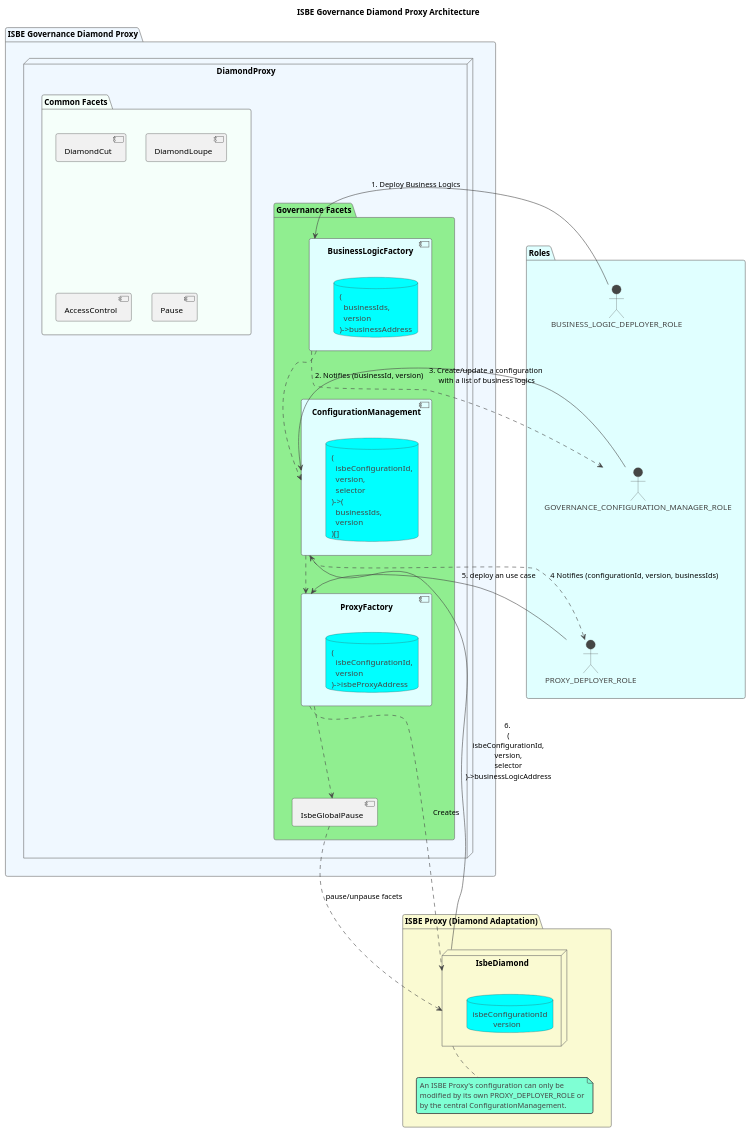
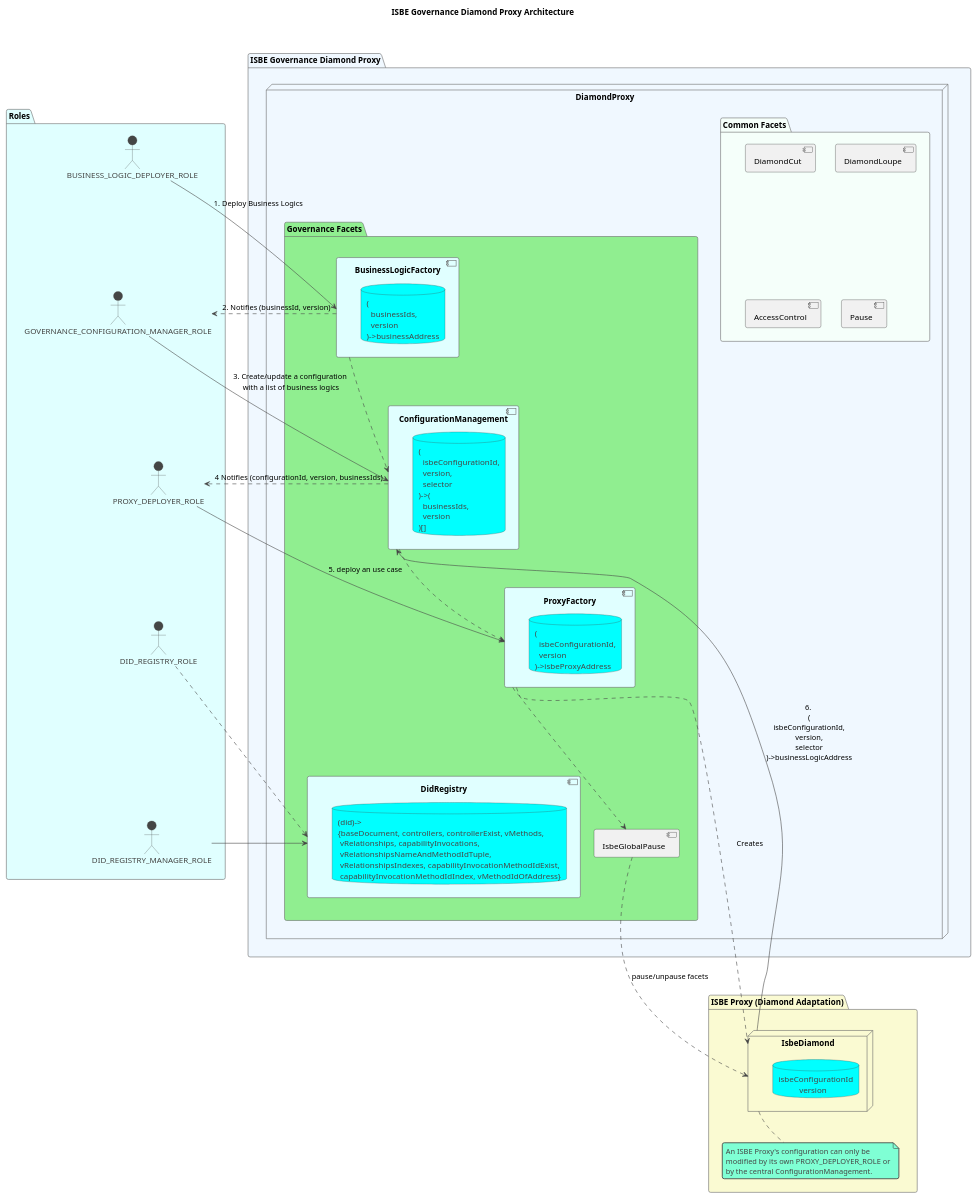
The diagram in docs/diagrams/ISBE_Governance_Diamond_Proxy_Architecture.puml (red-isbe/isbe-contracts), drawn with PlantUML before and after one commit. The commit also changed 11 other files, not shown here.

First line of the commit message:
Integrate `DidRegistryFacet` into governance diamond architecture

```diff
--- a/docs/diagrams/ISBE_Governance_Diamond_Proxy_Architecture.puml
+++ b/docs/diagrams/ISBE_Governance_Diamond_Proxy_Architecture.puml
@@ -1,71 +1,81 @@
 @startuml
 !theme vibrant
 
 title ISBE Governance Diamond Proxy Architecture
 
 package Roles #LightCyan {
     actor BUSINESS_LOGIC_DEPLOYER_ROLE
     actor GOVERNANCE_CONFIGURATION_MANAGER_ROLE
     actor PROXY_DEPLOYER_ROLE
+    actor DID_REGISTRY_ROLE
+    actor DID_REGISTRY_MANAGER_ROLE
     BUSINESS_LOGIC_DEPLOYER_ROLE -[hidden]- GOVERNANCE_CONFIGURATION_MANAGER_ROLE
     GOVERNANCE_CONFIGURATION_MANAGER_ROLE -[hidden]- PROXY_DEPLOYER_ROLE
+    PROXY_DEPLOYER_ROLE -[hidden]- DID_REGISTRY_ROLE
+    DID_REGISTRY_ROLE -[hidden]- DID_REGISTRY_MANAGER_ROLE
 }
 package "ISBE Governance Diamond Proxy" #AliceBlue {
   node DiamondProxy as DP {
     package "Common Facets" #MintCream {
       [DiamondCut]
       [DiamondLoupe]
       [AccessControl]
       [Pause]
     }
 
     package "Governance Facets" #LightGreen {
       component "BusinessLogicFactory" #LightCyan {
         database "(\n  businessIds,\n  version\n)->businessAddress"
       }
       component "ProxyFactory" #LightCyan {
         database "(\n  isbeConfigurationId,\n  version\n)->isbeProxyAddress"
       }
       [IsbeGlobalPause]
       component "ConfigurationManagement" #LightCyan {
         database "(\n  isbeConfigurationId,\n  version,\n  selector\n)->(\n  businessIds,\n  version\n)[]"
       }
+      [DidRegistry]
+      component "DidRegistry" #LightCyan {
+        database "(did)->\n{baseDocument, controllers, controllerExist, vMethods,\n vRelationships, capabilityInvocations,\n vRelationshipsNameAndMethodIdTuple,\n vRelationshipsIndexes, capabilityInvocationMethodIdExist,\n capabilityInvocationMethodIdIndex, vMethodIdOfAddress}"
+      }
     }
     "Common Facets" -[hidden]- "Governance Facets"
+    [DidRegistry] -l[hidden]- [IsbeGlobalPause]
   }
 }
 Roles -[hidden]- "ISBE Governance Diamond Proxy"
 package "ISBE Proxy (Diamond Adaptation)" #LightGoldenRodYellow {
   node IsbeDiamond {
     database "isbeConfigurationId\n          version"
   }
   note bottom of IsbeDiamond
     An ISBE Proxy's configuration can only be
     modified by its own PROXY_DEPLOYER_ROLE or
     by the central ConfigurationManagement.
   end note
 }
 
 ' --- Storage & Data Flow between Facets ---
 [BusinessLogicFactory] ..> [ConfigurationManagement]
 [ConfigurationManagement] ..> [ProxyFactory]
 [ProxyFactory] ..> [IsbeGlobalPause]
 
 
 ' --- Governance to ISBE Proxy Interactions ---
 [ProxyFactory] ..> IsbeDiamond : Creates
 
 ' --- Automatic Update Flow ---
 BUSINESS_LOGIC_DEPLOYER_ROLE -> [BusinessLogicFactory] : 1. Deploy Business Logics
 [BusinessLogicFactory] ..> GOVERNANCE_CONFIGURATION_MANAGER_ROLE : 2. Notifies (businessId, version)
 GOVERNANCE_CONFIGURATION_MANAGER_ROLE -> [ConfigurationManagement] : 3. Create/update a configuration \nwith a list of business logics
 [ConfigurationManagement] ..> [PROXY_DEPLOYER_ROLE] : 4 Notifies (configurationId, version, businessIds)
 PROXY_DEPLOYER_ROLE -> [ProxyFactory] : 5. deploy an use case
 IsbeDiamond -l-> [ConfigurationManagement] : 6. \n(\nisbeConfigurationId,\nversion,\nselector\n)->businessLogicAddress
 [IsbeGlobalPause] .d.> IsbeDiamond : pause/unpause facets
 
-
+DID_REGISTRY_ROLE .-> [DidRegistry]
+DID_REGISTRY_MANAGER_ROLE --> [DidRegistry]
 
 "ISBE Proxy (Diamond Adaptation)" -l[hidden]- "ISBE Governance Diamond Proxy"
 
 @enduml
```
